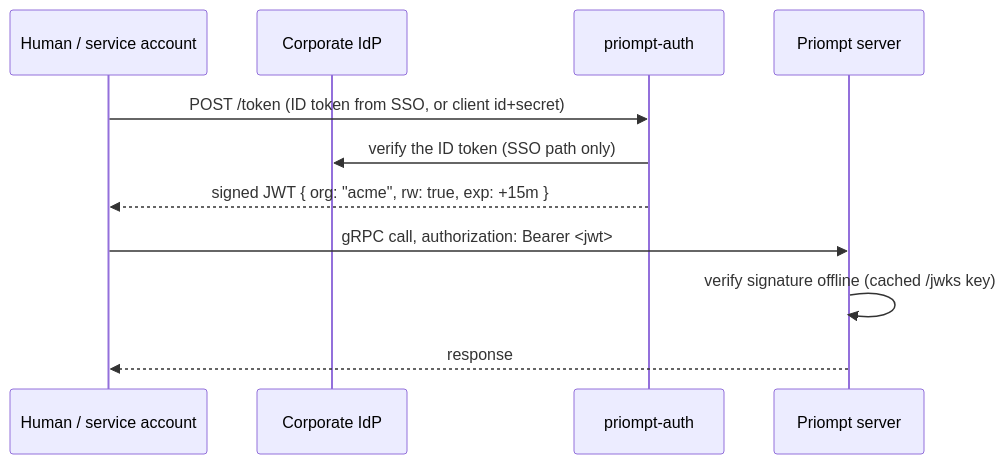
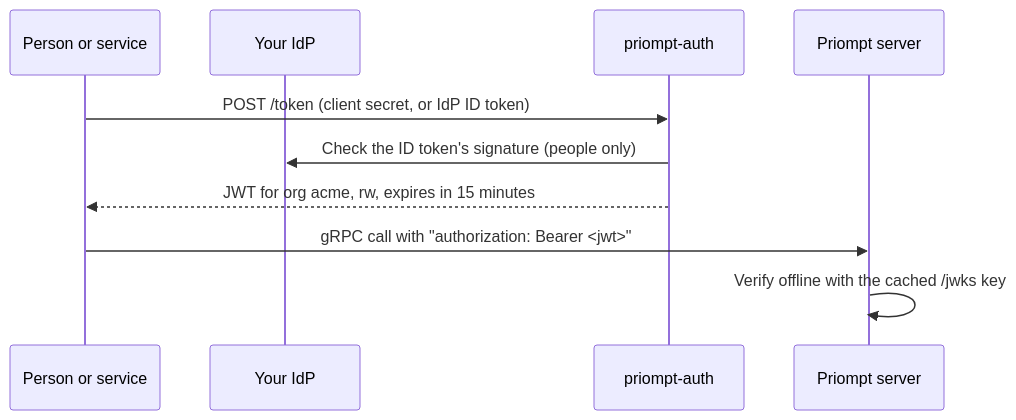
One commit to priompt/priompt-dot-com changed the diagram in docs/docs/guides/sso.md. Above: the diagram before and after it, drawn with Mermaid. The commit also changed other lines of this file and 76 other files, not shown here.

````diff
--- a/docs/docs/guides/sso.md
+++ b/docs/docs/guides/sso.md
@@ -9,14 +12,12 @@
 ```mermaid
 sequenceDiagram
-    participant U as Human / service account
-    participant IDP as Corporate IdP
-    participant AUTH as priompt-auth
+    participant C as Person or service
+    participant IDP as Your IdP
+    participant A as priompt-auth
     participant S as Priompt server
-
-    U->>AUTH: POST /token (ID token from SSO, or client id+secret)
-    AUTH->>IDP: verify the ID token (SSO path only)
-    AUTH-->>U: signed JWT { org: "acme", rw: true, exp: +15m }
-    U->>S: gRPC call, authorization: Bearer <jwt>
-    S->>S: verify signature offline (cached /jwks key)
-    S-->>U: response
+    C->>A: POST /token (client secret, or IdP ID token)
+    A->>IDP: Check the ID token's signature (people only)
+    A-->>C: JWT for org acme, rw, expires in 15 minutes
+    C->>S: gRPC call with "authorization: Bearer <jwt>"
+    S->>S: Verify offline with the cached /jwks key
 ```
````
